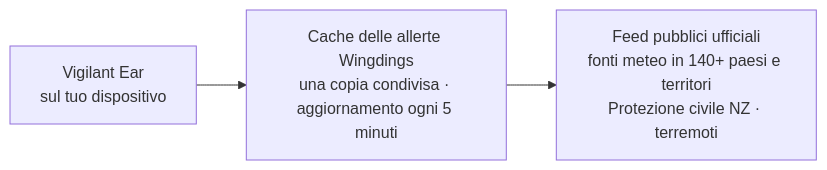
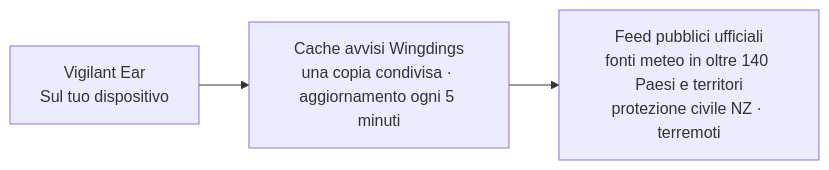
One commit to rpalm01-star/VigilantEarLegal changed the fourth of 4 diagrams in README_it.md. Above: the diagram before and after it, drawn with Mermaid. The commit also changed other lines of this file and 14 other files, not shown here.

````diff
--- a/README_it.md
+++ b/README_it.md
@@ -182,5 +201,5 @@
 ```mermaid
 graph LR
-    P1["Vigilant Ear<br/>sul tuo dispositivo"] --> W["Cache delle allerte Wingdings<br/>una copia condivisa · aggiornamento ogni 5 minuti"]
-    W --> N["Feed pubblici ufficiali<br/>fonti meteo in 140+ paesi e territori<br/>Protezione civile NZ · terremoti"]
+    P1["Vigilant Ear<br/>Sul tuo dispositivo"] --> W["Cache avvisi Wingdings<br/>una copia condivisa · aggiornamento ogni 5 minuti"]
+    W --> N["Feed pubblici ufficiali<br/>fonti meteo in oltre 140 Paesi e territori<br/>protezione civile NZ · terremoti"]
 ```
````
